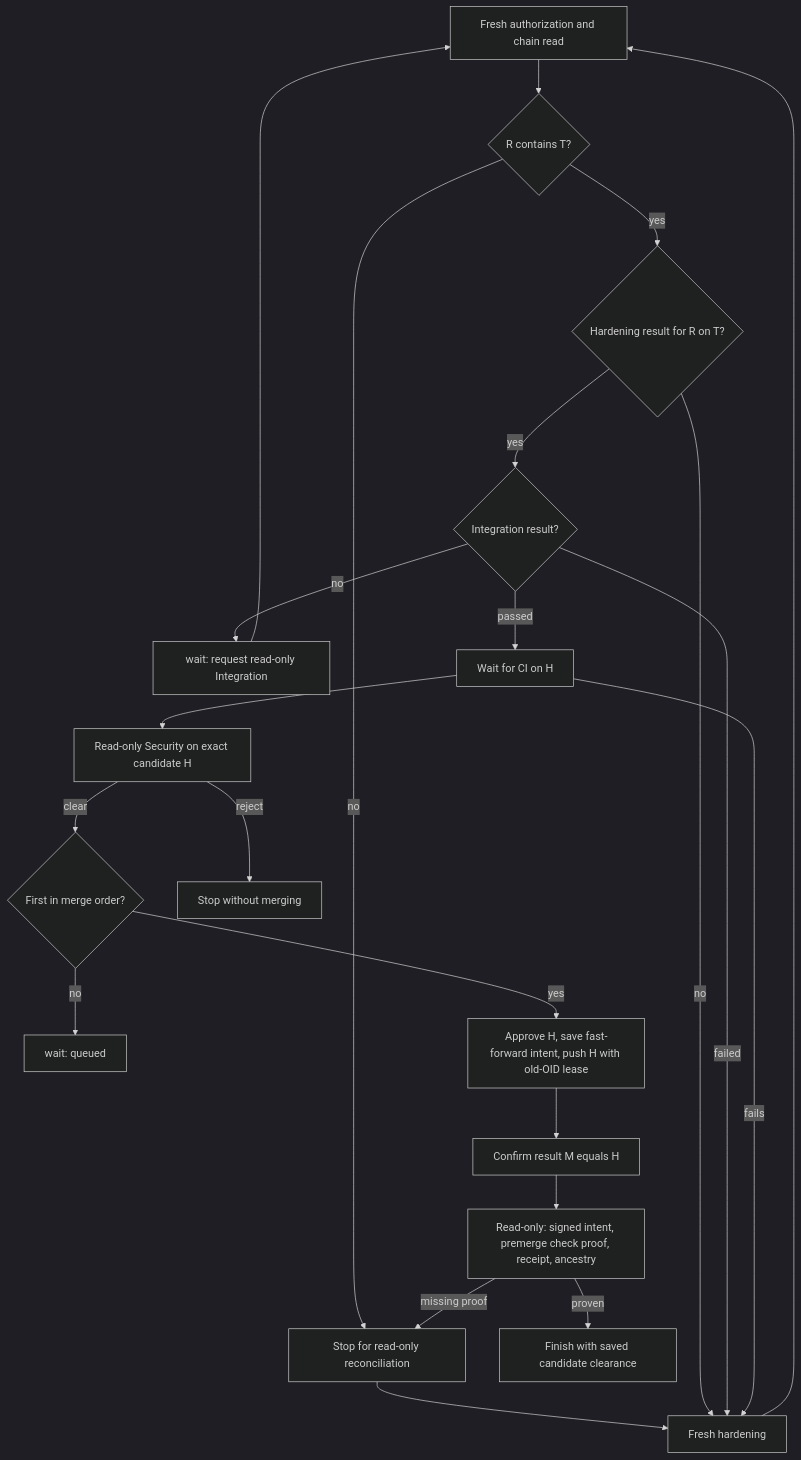
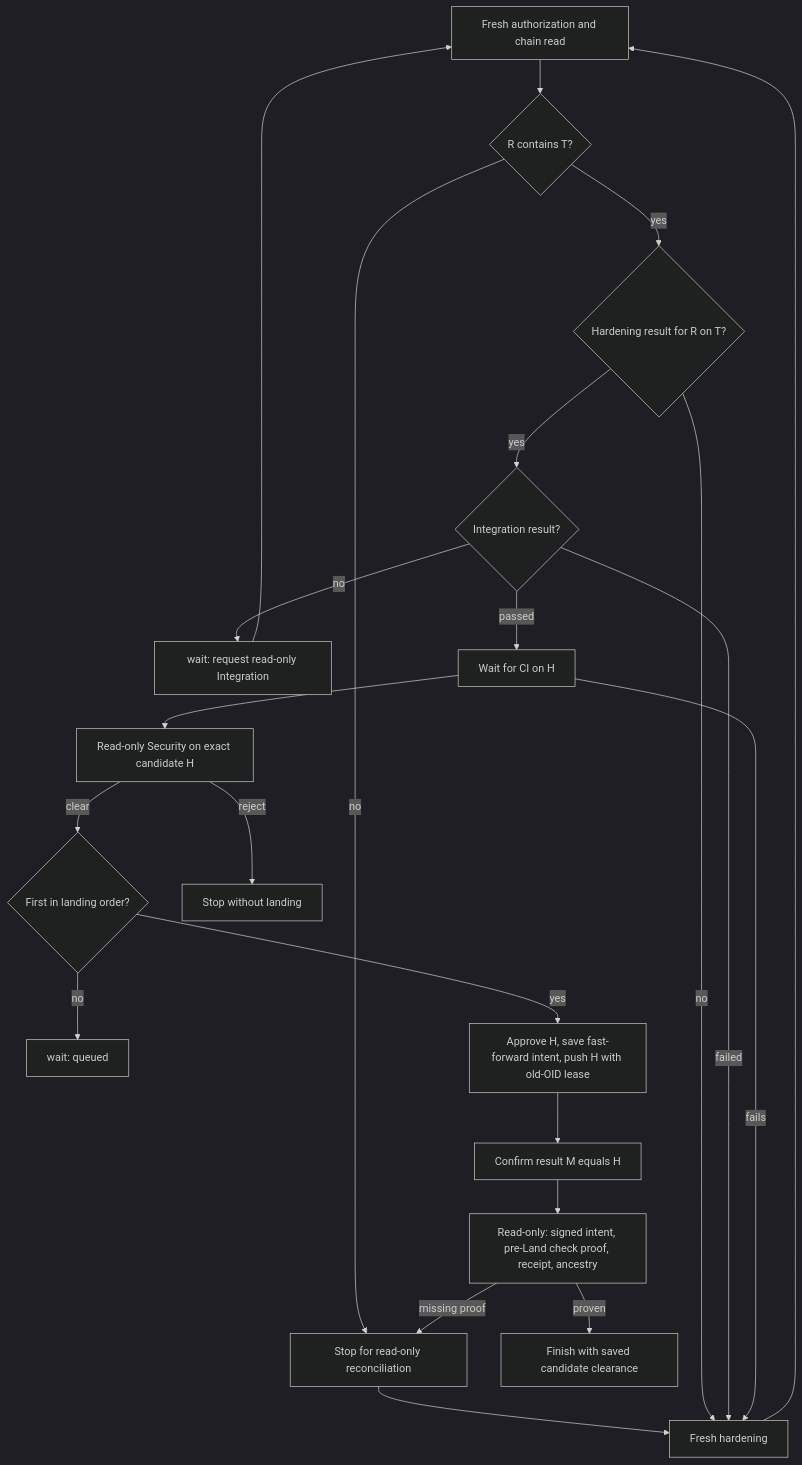
One commit to axolotl-logic-io/ecosystem changed the diagram in docs/reference/merge.md. Above: the diagram before and after it, drawn with Mermaid (dark theme). The commit also changed other lines of this file and 127 other files, not shown here.

````diff
--- a/docs/reference/merge.md
+++ b/docs/reference/merge.md
@@ -16,21 +16,21 @@
 ```mermaid
 flowchart TD
   A[Fresh authorization and chain read] --> B{R contains T?}
   B -- no --> Y[wait: request Sync] --> HR[Fresh hardening] --> A
   B -- yes --> HD{Hardening result for R on T?}
   HD -- no --> HR
   HD -- yes --> IN{Integration result?}
   IN -- no --> IQ[wait: request read-only Integration] --> A
   IN -- failed --> HR
   IN -- passed --> C[Wait for CI on H]
   C -- fails --> HR
   C --> S[Read-only Security on exact candidate H]
-  S -- clear --> Q{First in merge order?}
+  S -- clear --> Q{First in landing order?}
   Q -- no --> W[wait: queued]
   Q -- yes --> P[Approve H, save fast-forward intent, push H with old-OID lease]
-  S -- reject --> X[Stop without merging]
+  S -- reject --> X[Stop without landing]
   P --> R[Confirm result M equals H]
-  R --> V[Read-only: signed intent, premerge check proof, receipt, ancestry]
+  R --> V[Read-only: signed intent, pre-Land check proof, receipt, ancestry]
   V -- proven --> F[Finish with saved candidate clearance]
   V -- missing proof --> Y[Stop for read-only reconciliation]
 ```
````
